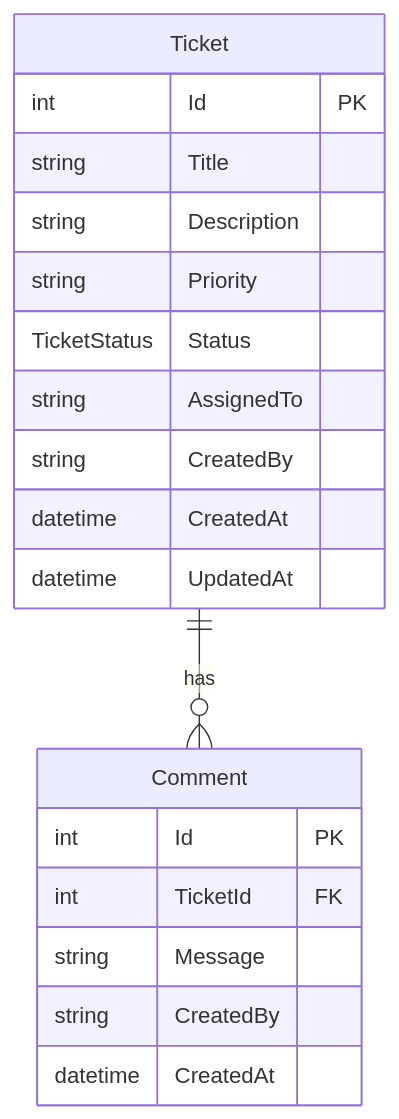
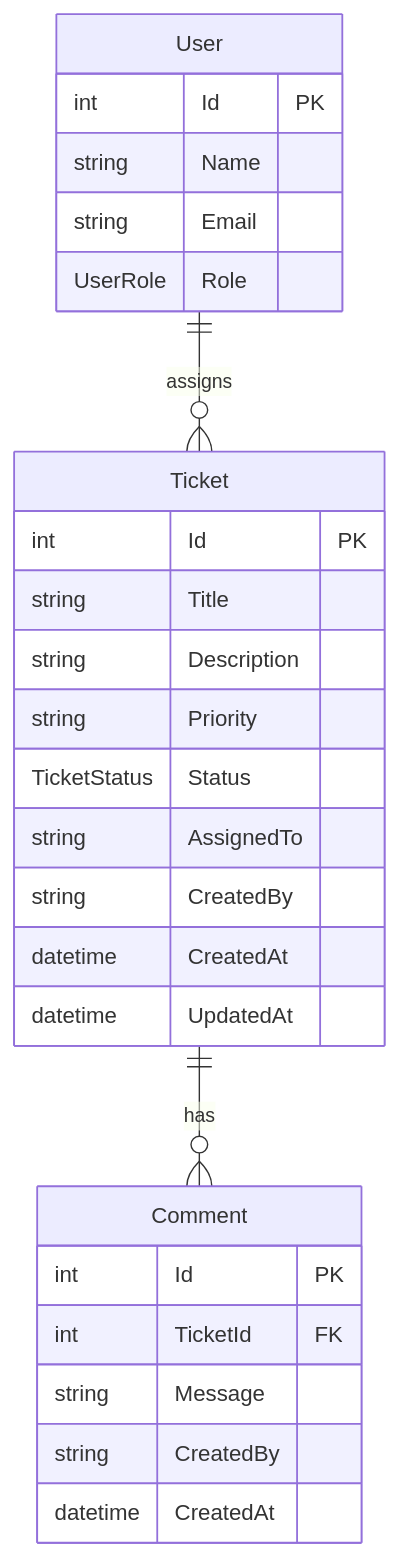
Before and after one commit to MackMithun/Support_Ticket_Management: the diagram in data-model.md, drawn with Mermaid. The commit also changed other lines of this file and 19 other files, not shown here.

````diff
--- a/data-model.md
+++ b/data-model.md
@@ -5,22 +5,29 @@
 ```mermaid
 erDiagram
+    User ||--o{ Ticket : assigns
     Ticket ||--o{ Comment : has
+    User {
+        int Id PK
+        string Name
+        string Email
+        UserRole Role
+    }
     Ticket {
         int Id PK
         string Title
         string Description
         string Priority
         TicketStatus Status
         string AssignedTo
         string CreatedBy
         datetime CreatedAt
         datetime UpdatedAt
     }
     Comment {
         int Id PK
         int TicketId FK
         string Message
         string CreatedBy
         datetime CreatedAt
     }
 ```
````
